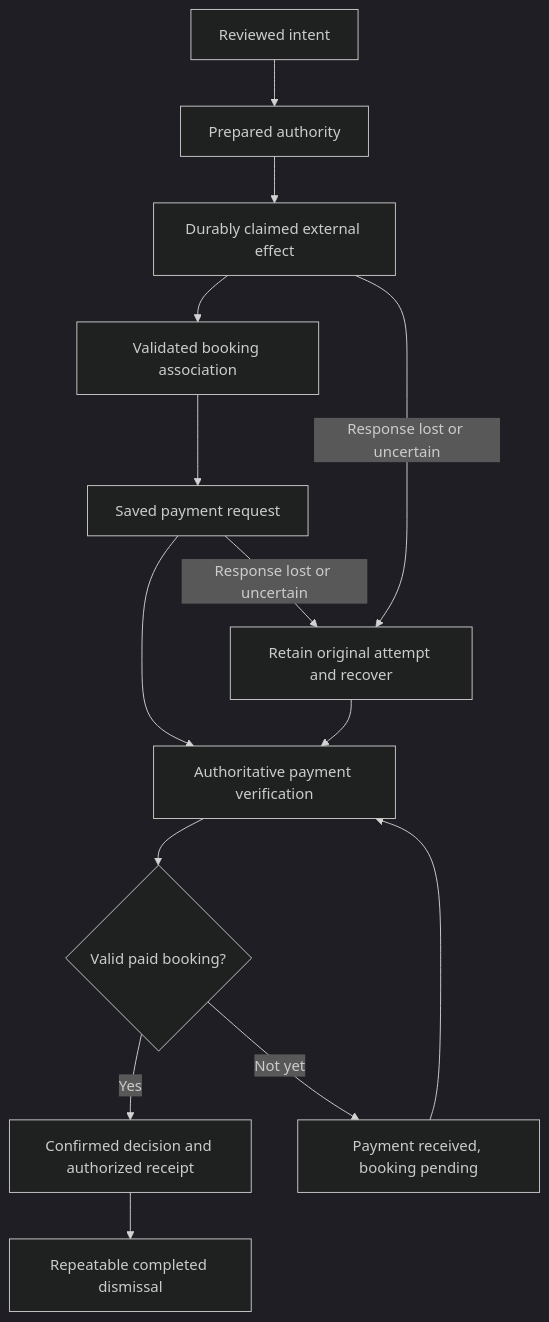
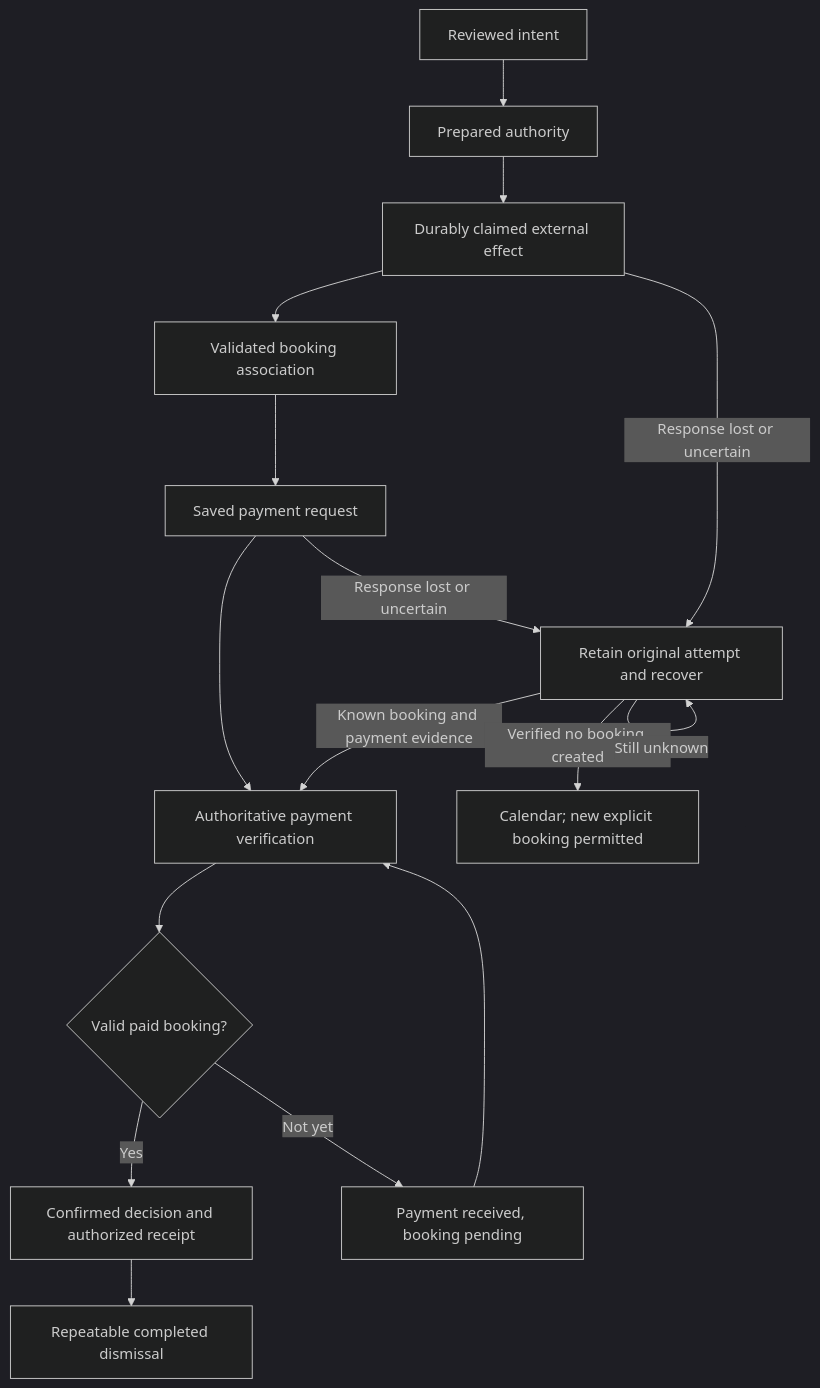
Before and after one commit to soccerbotstudiosg/soccerbotstudioSG: the diagram in docs/api-contracts.md, drawn with Mermaid (dark theme). The commit also changed other lines of this file and 63 other files, not shown here.

````diff
--- a/docs/api-contracts.md
+++ b/docs/api-contracts.md
@@ -435,16 +456,18 @@
 ```mermaid
 flowchart TD
   A[Reviewed intent] --> B[Prepared authority]
   B --> C[Durably claimed external effect]
   C --> D[Validated booking association]
   D --> E[Saved payment request]
   E --> F[Authoritative payment verification]
   F --> G{Valid paid booking?}
   G -->|Yes| H[Confirmed decision and authorized receipt]
   G -->|Not yet| I[Payment received, booking pending]
   C -->|Response lost or uncertain| R[Retain original attempt and recover]
   E -->|Response lost or uncertain| R
-  R --> F
+  R -->|Known booking and payment evidence| F
+  R -->|Verified no booking created| N[Calendar; new explicit booking permitted]
+  R -->|Still unknown| R
   I --> F
   H --> J[Repeatable completed dismissal]
 ```
````
